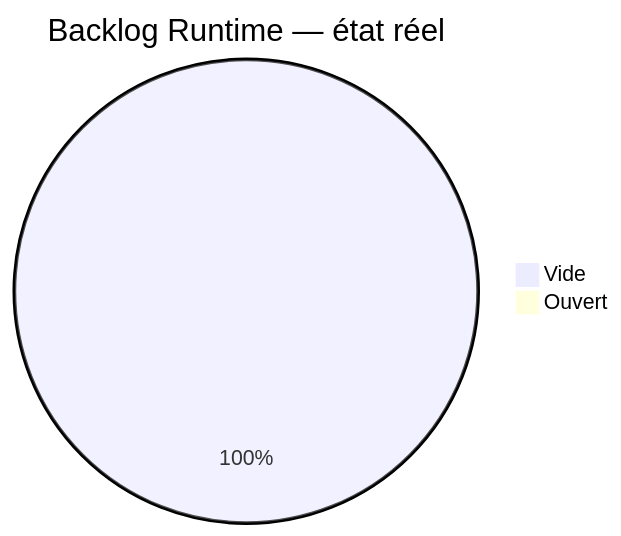
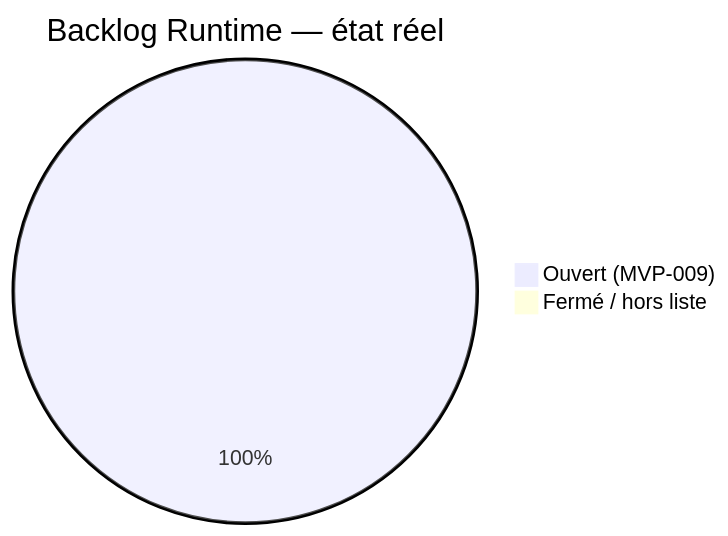
One commit to JavaChrist/Tai-Chi-AI-Coach changed the first of 2 diagrams in docs/runtime/11_BACKLOG.md. Above: the diagram before and after it, drawn with Mermaid. The commit also changed other lines of this file and 8 other files, not shown here.

First line of the commit message:
docs(roadmap): formalize post-MVP-008B development sequence

````diff
--- a/docs/runtime/11_BACKLOG.md
+++ b/docs/runtime/11_BACKLOG.md
@@ -54,5 +61,5 @@
 ```mermaid
 pie title Backlog Runtime — état réel
-  "Vide" : 1
-  "Ouvert" : 0
+  "Ouvert (MVP-009)" : 1
+  "Fermé / hors liste" : 0
 ```
````
